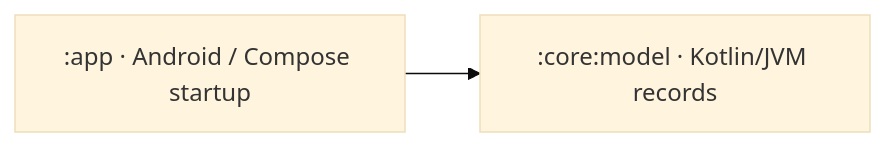
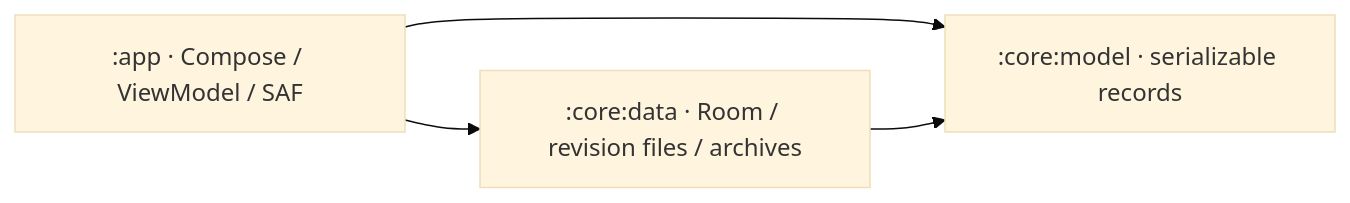
Before and after one commit to soyeezy1-svg/EezyDraw: the first of 2 diagrams in docs/ARCHITECTURE.md, drawn with Mermaid (base theme). The commit also changed other lines of this file and 44 other files, not shown here.

Commit message:
Add project persistence, full Settings and Help flows

````diff
--- a/docs/ARCHITECTURE.md
+++ b/docs/ARCHITECTURE.md
@@ -7,4 +7,6 @@
 ```mermaid
 flowchart LR
-    app[":app · Android / Compose startup"] --> model[":core:model · Kotlin/JVM records"]
+    app[":app · Compose / ViewModel / SAF"] --> data[":core:data · Room / revision files / archives"]
+    app --> model[":core:model · serializable records"]
+    data --> model
 ```
````
